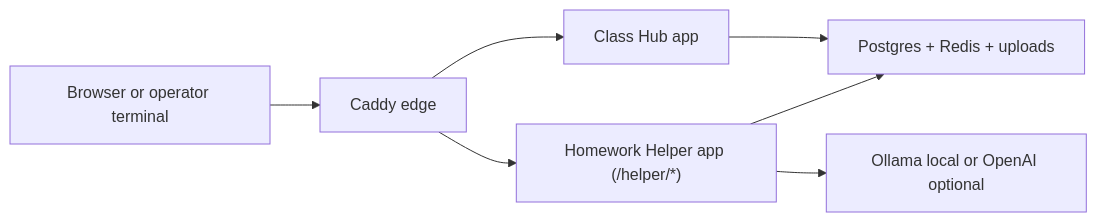
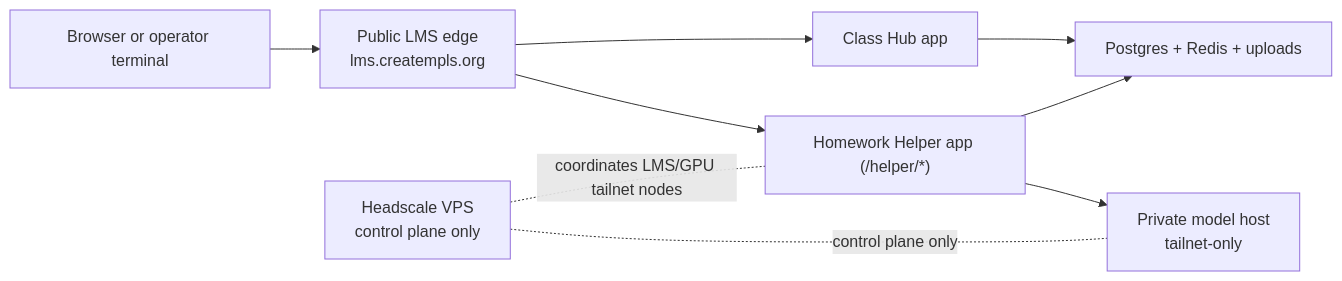
Before and after one commit to bseverns/classhub: the diagram in README.md, drawn with Mermaid. The commit also changed other lines of this file and 51 other files, not shown here.

Commit message:
Harden private helper topology and add bounded remote compute control

````diff
--- a/README.md
+++ b/README.md
@@ -45,16 +45,19 @@
 ```mermaid
 flowchart LR
   You["Browser or operator terminal"]
-  Edge["Caddy edge"]
+  Edge["Public LMS edge<br/>lms.creatempls.org"]
   Hub["Class Hub app"]
   Helper["Homework Helper app (/helper/*)"]
   Data["Postgres + Redis + uploads"]
-  Model["Ollama local or OpenAI optional"]
+  Model["Private model host<br/>tailnet-only"]
+  Control["Headscale VPS<br/>control plane only"]
 
   You --> Edge
   Edge --> Hub
   Edge --> Helper
   Hub --> Data
   Helper --> Data
   Helper --> Model
+  Control -. coordinates LMS/GPU tailnet nodes .- Helper
+  Control -. control plane only .- Model
 ```
````
